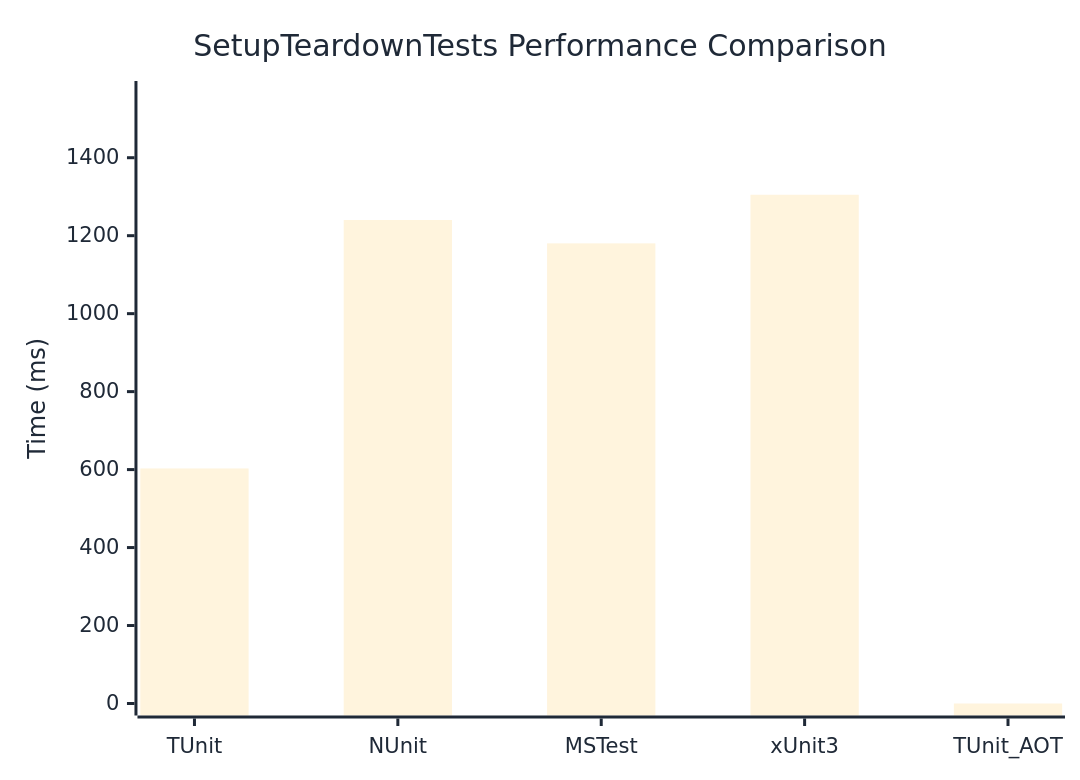
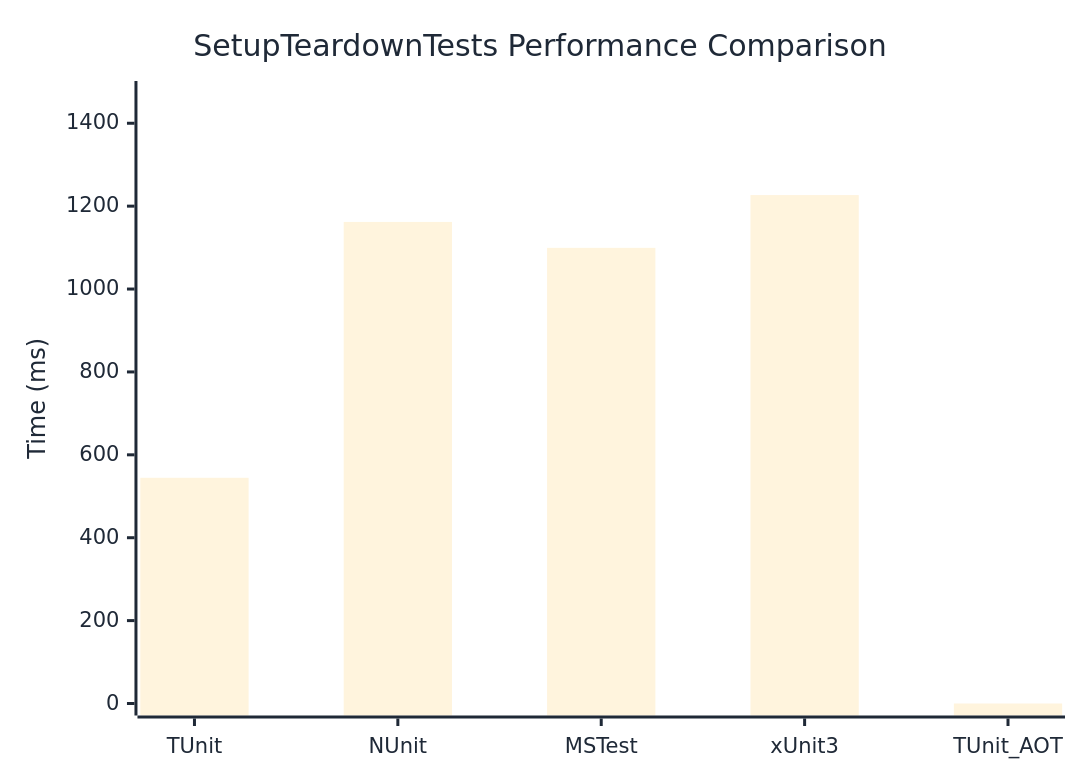
Before and after one commit to thomhurst/TUnit: the diagram in docs/docs/benchmarks/SetupTeardownTests.md, drawn with Mermaid. The commit also changed other lines of this file and 17 other files, not shown here.

````diff
--- a/docs/docs/benchmarks/SetupTeardownTests.md
+++ b/docs/docs/benchmarks/SetupTeardownTests.md
@@ -27,37 +27,37 @@
 ```mermaid
 %%{init: {
   'theme':'base',
   'themeVariables': {
     'primaryColor': '#2563eb',
     'primaryTextColor': '#1f2937',
     'primaryBorderColor': '#1e40af',
     'lineColor': '#6b7280',
     'secondaryColor': '#7c3aed',
     'tertiaryColor': '#dc2626',
     'background': '#ffffff',
     'mainBkg': '#2563eb',
     'secondBkg': '#7c3aed',
     'tertiaryBkg': '#dc2626',
     'clusterBkg': '#f3f4f6',
     'edgeLabelBackground': '#ffffff',
     'tertiaryTextColor': '#1f2937',
     'pie1': '#2563eb',
     'pie2': '#7c3aed',
     'pie3': '#dc2626',
     'pie4': '#f59e0b',
     'pie5': '#10b981',
     'pie6': '#06b6d4',
     'pie7': '#ec4899',
     'pie8': '#6366f1',
     'pie9': '#84cc16',
     'pie10': '#f97316',
     'pie11': '#14b8a6',
     'pie12': '#a855f7'
   }
 }}%%
 xychart-beta
   title "SetupTeardownTests Performance Comparison"
   x-axis ["TUnit", "NUnit", "MSTest", "xUnit3", "TUnit_AOT"]
-  y-axis "Time (ms)" 0 --> 1566
-  bar [602.9, 1240.2, 1180.3, 1305, 0]
+  y-axis "Time (ms)" 0 --> 1473
+  bar [544.6, 1161.9, 1099.4, 1226.7, 0]
 ```
````
